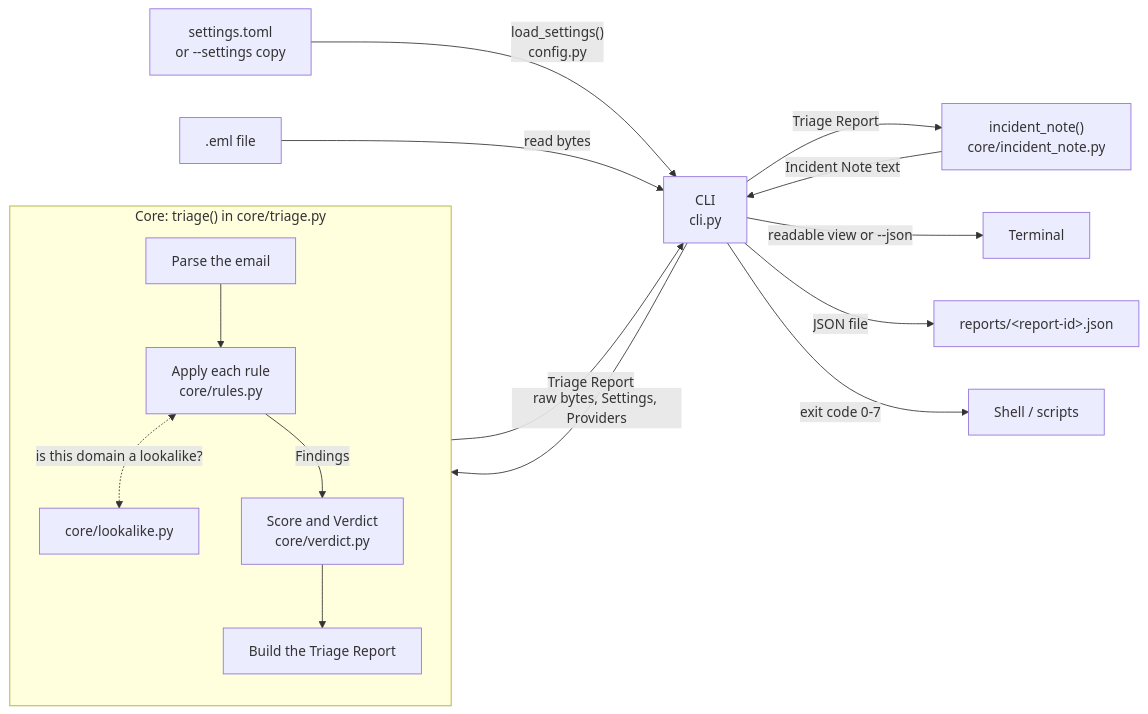
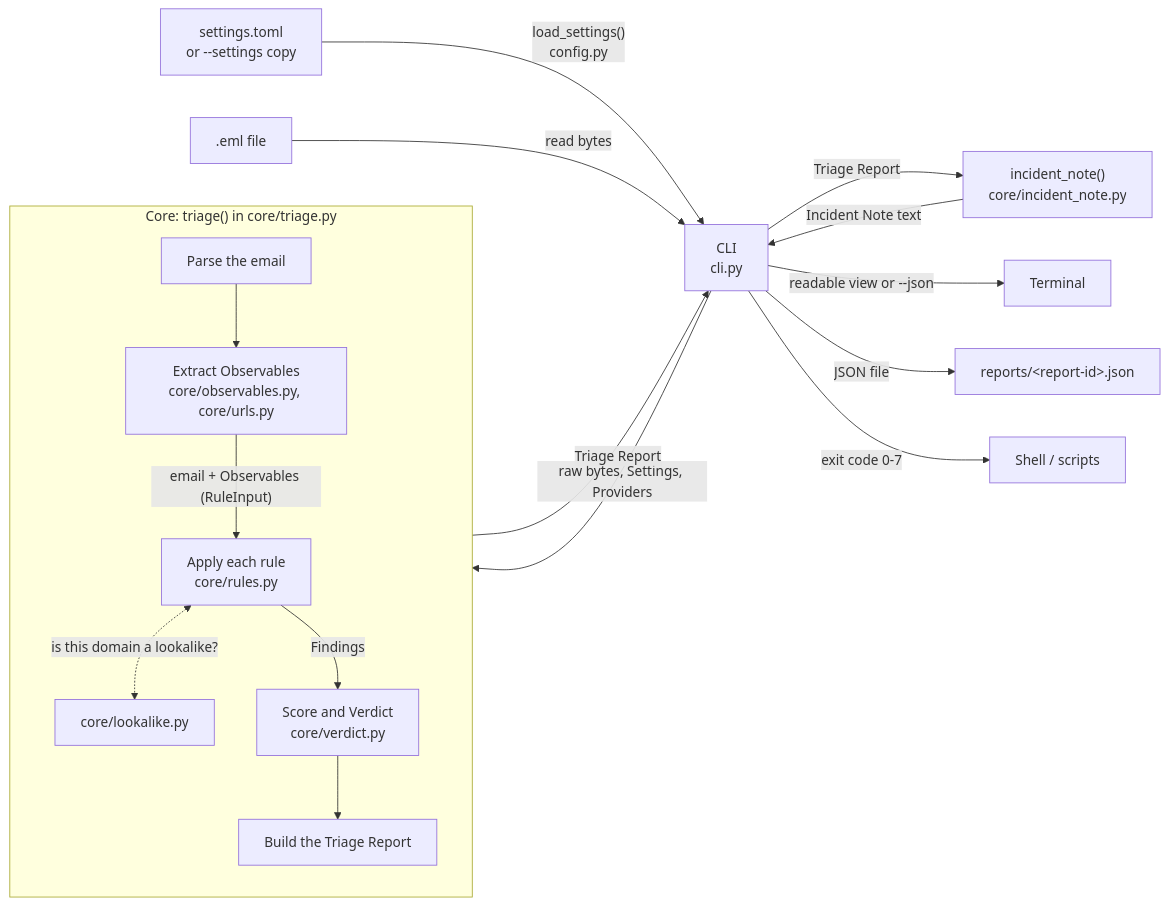
One commit to GiacomoBarry/phishing-triage changed the diagram in docs/ARCHITECTURE.md. Above: the diagram before and after it, drawn with Mermaid. The commit also changed other lines of this file and 16 other files, not shown here.

````diff
--- a/docs/ARCHITECTURE.md
+++ b/docs/ARCHITECTURE.md
@@ -16,21 +16,22 @@
 ```mermaid
 flowchart LR
     toml["settings.toml<br/>or --settings copy"] -->|"load_settings()<br/>config.py"| cli
     file[".eml file"] -->|read bytes| cli["CLI<br/>cli.py"]
     cli -->|"raw bytes, Settings, Providers"| core
 
     subgraph core["Core: triage() in core/triage.py"]
         direction TB
-        parse["Parse the email"] --> rules["Apply each rule<br/>core/rules.py"]
+        parse["Parse the email"] --> extract["Extract Observables<br/>core/observables.py, core/urls.py"]
+        extract -->|"email + Observables (RuleInput)"| rules["Apply each rule<br/>core/rules.py"]
         rules <-.->|"is this domain a lookalike?"| lookalike["core/lookalike.py"]
         rules -->|Findings| verdict["Score and Verdict<br/>core/verdict.py"]
         verdict --> build["Build the Triage Report"]
     end
 
     core -->|Triage Report| cli
     cli -->|Triage Report| note["incident_note()<br/>core/incident_note.py"]
     note -->|Incident Note text| cli
     cli -->|readable view or --json| terminal["Terminal"]
     cli -->|JSON file| reports["reports/&lt;report-id&gt;.json"]
     cli -->|exit code 0-7| shell["Shell / scripts"]
 ```
````
